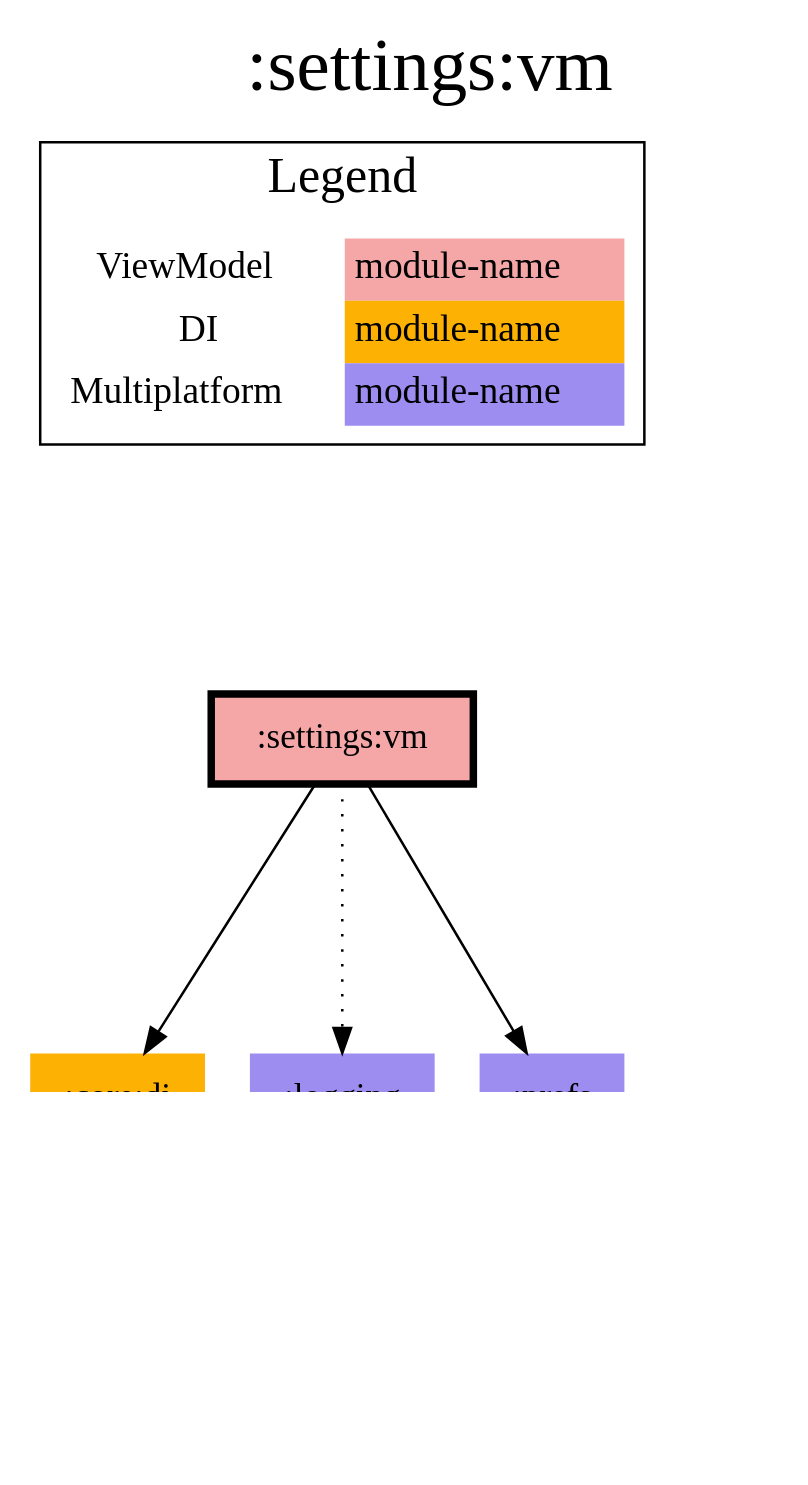
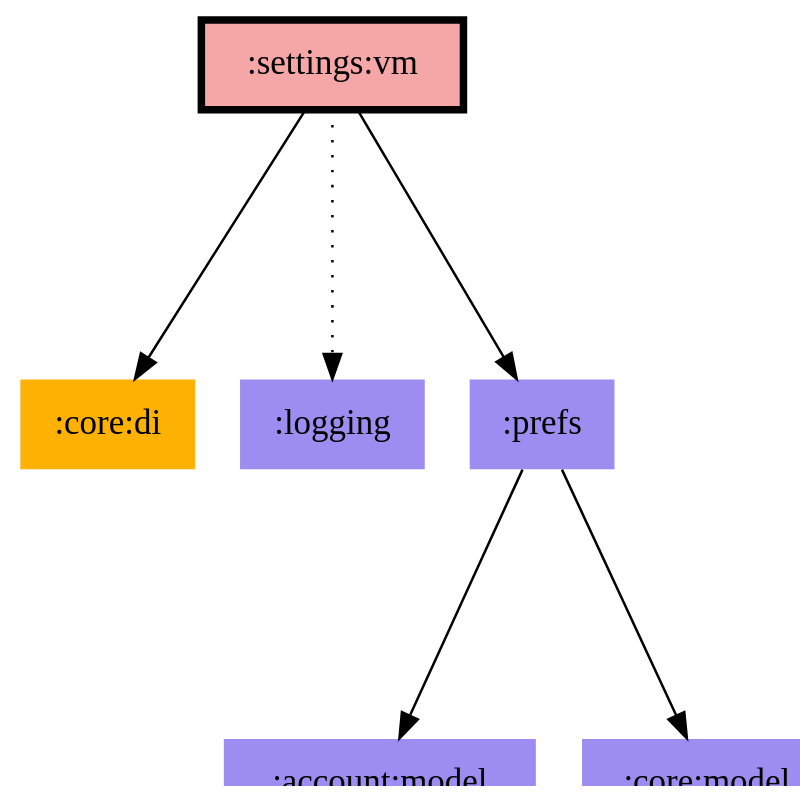
One commit to jonapoul/aktual changed the diagram in modules/settings/vm/modules.dot. Above: the diagram before and after it, drawn with Graphviz. The commit also changed 96 other files, not shown here.

First line of the commit message:
Rework diagram generation (#465)

```diff
--- a/modules/settings/vm/modules.dot
+++ b/modules/settings/vm/modules.dot
@@ -1,32 +1,16 @@
 digraph {
 edge ["dir"="forward"]
-graph ["dpi"="100","label"=":settings:vm","labelloc"="t","fontsize"="30","ranksep"="1.5","rankdir"="TB"]
+graph ["dpi"="100","fontsize"="30","ranksep"="1.5","rankdir"="TB"]
 node ["style"="filled"]
 ":account:model" ["fillcolor"="#9D8DF1","shape"="none"]
 ":core:di" ["fillcolor"="#FCB103","shape"="none"]
 ":core:model" ["fillcolor"="#9D8DF1","shape"="none"]
 ":logging" ["fillcolor"="#9D8DF1","shape"="none"]
 ":prefs" ["fillcolor"="#9D8DF1","shape"="none"]
 ":settings:vm" ["fillcolor"="#F5A6A6","color"="black","penwidth"="3","shape"="box"]
-{
-edge ["dir"="none"]
-graph ["rank"="same"]
-":settings:vm"
-}
 ":prefs" -> ":account:model"
 ":prefs" -> ":core:model"
 ":settings:vm" -> ":core:di"
 ":settings:vm" -> ":logging" ["style"="dotted"]
 ":settings:vm" -> ":prefs"
-subgraph "cluster_legend" {
-edge ["dir"="none"]
-graph ["label"="Legend","fontsize"="20"]
-"Legend" ["style"="filled","fillcolor"="#FFFFFF","shape"="none","margin"="0","fontsize"="15","label"=<
-<TABLE BORDER="0" CELLBORDER="0" CELLSPACING="0" CELLPADDING="4">
-<TR><TD>ViewModel</TD><TD BGCOLOR="#F5A6A6">module-name</TD></TR>
-<TR><TD>DI</TD><TD BGCOLOR="#FCB103">module-name</TD></TR>
-<TR><TD>Multiplatform</TD><TD BGCOLOR="#9D8DF1">module-name</TD></TR>
-</TABLE>
->]
-} -> ":settings:vm" ["style"="invis"]
 }
```
